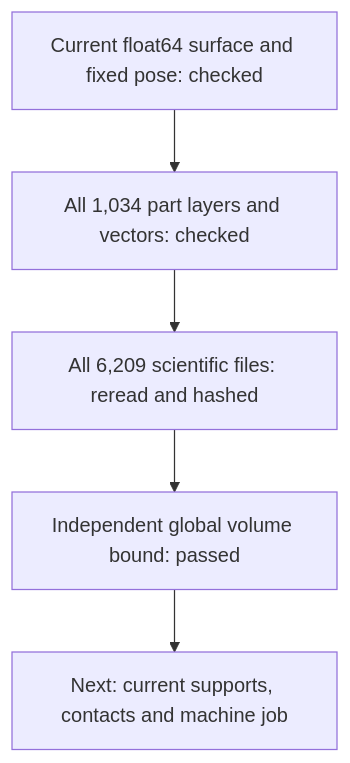
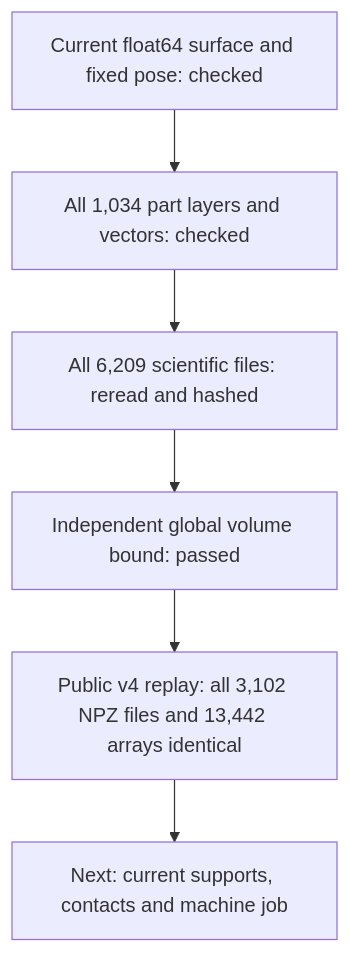
Before and after one commit to cluster2600/porscheparts: the diagram in docs/reports/carrier-current-am-full-20261107.md, drawn with Mermaid. The commit also changed other lines of this file and 8 other files, not shown here.

````diff
--- a/docs/reports/carrier-current-am-full-20261107.md
+++ b/docs/reports/carrier-current-am-full-20261107.md
@@ -96,7 +121,8 @@
 ```mermaid
 flowchart TB
     SOURCE["Current float64 surface and fixed pose: checked"] --> LAYERS["All 1,034 part layers and vectors: checked"]
     LAYERS --> READBACK["All 6,209 scientific files: reread and hashed"]
     READBACK --> VOLUME["Independent global volume bound: passed"]
-    VOLUME --> NEXT["Next: current supports, contacts and machine job"]
+    VOLUME --> REPLAY["Public v4 replay: all 3,102 NPZ files and 13,442 arrays identical"]
+    REPLAY --> NEXT["Next: current supports, contacts and machine job"]
 ```
````
